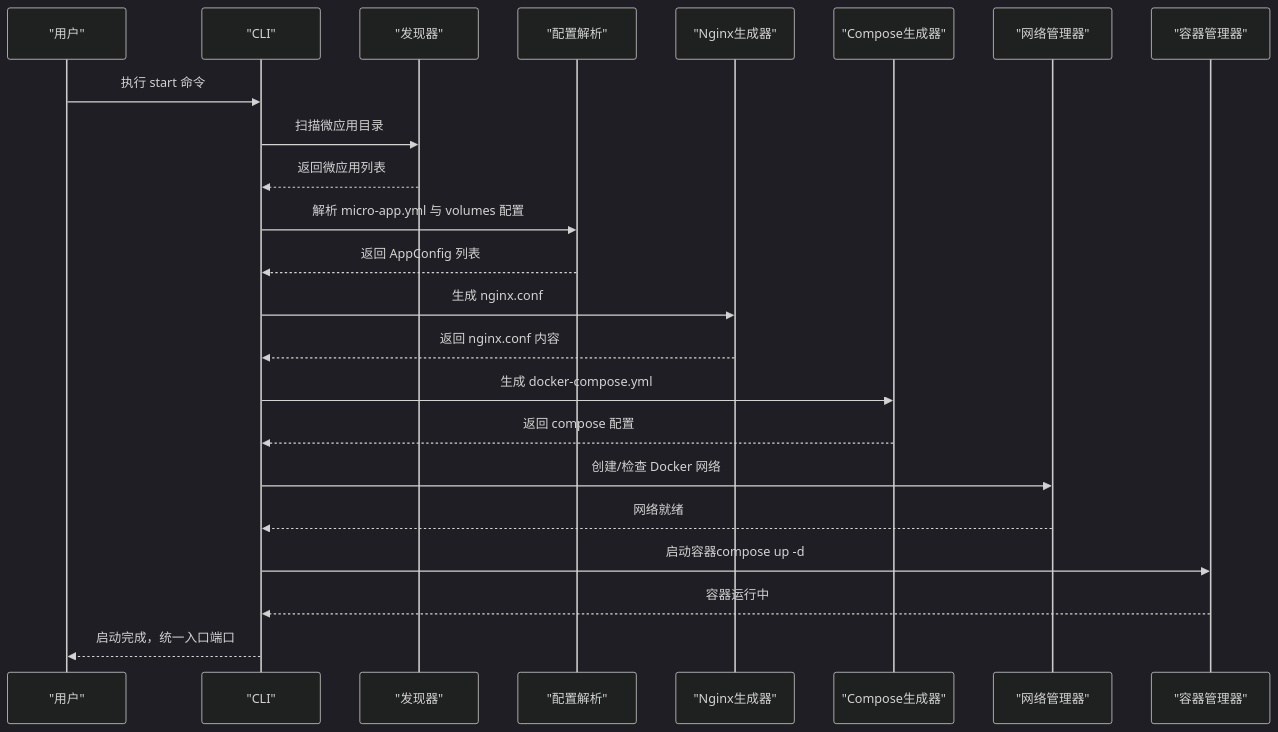
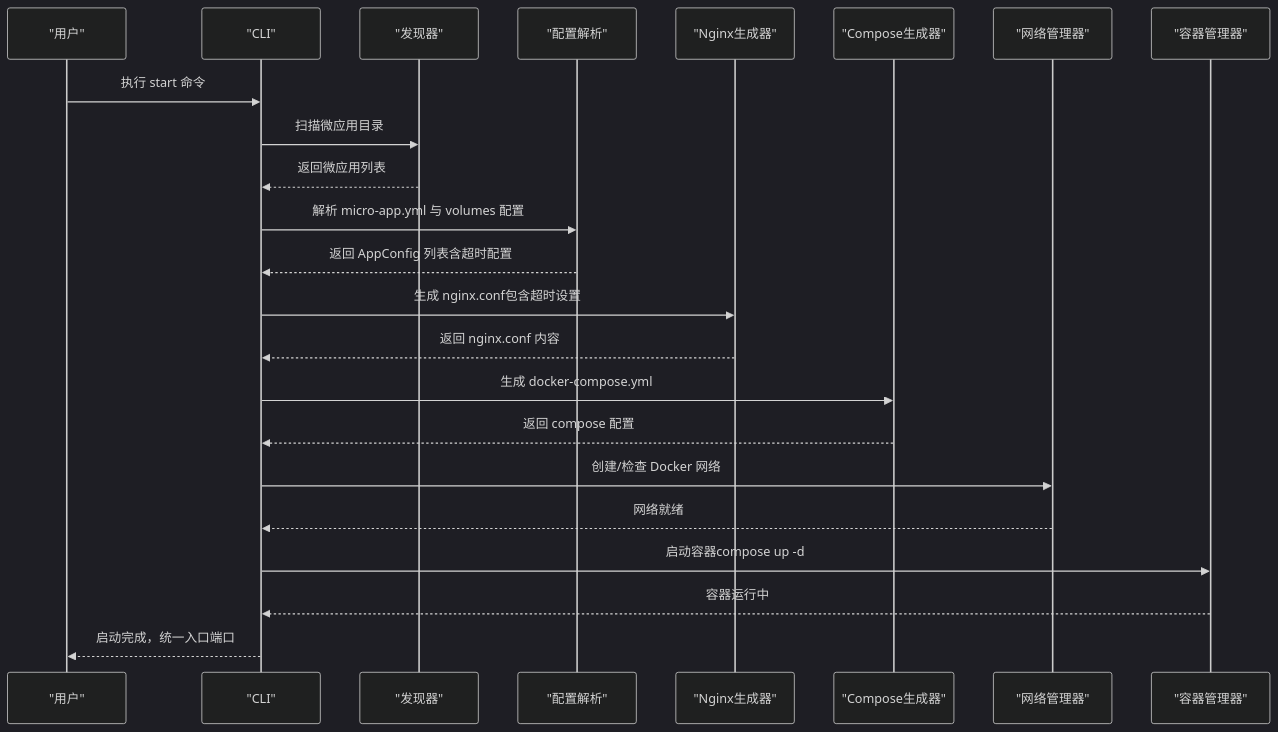
The second of 8 diagrams in .qoder/repowiki/zh/content/架构设计/模块设计/反向代理模块.md (cao5zy/proxy-config), drawn with Mermaid (dark theme) before and after one commit. The commit also changed other lines of this file and 5 other files, not shown here.

````diff
--- a/.qoder/repowiki/zh/content/架构设计/模块设计/反向代理模块.md
+++ b/.qoder/repowiki/zh/content/架构设计/模块设计/反向代理模块.md
@@ -119,25 +131,25 @@
 ```mermaid
 sequenceDiagram
 participant User as "用户"
 participant CLI as "CLI"
 participant Disc as "发现器"
 participant Cfg as "配置解析"
 participant GenN as "Nginx生成器"
 participant GenC as "Compose生成器"
 participant Net as "网络管理器"
 participant Ctn as "容器管理器"
 User->>CLI : 执行 start 命令
 CLI->>Disc : 扫描微应用目录
 Disc-->>CLI : 返回微应用列表
 CLI->>Cfg : 解析 micro-app.yml 与 volumes 配置
-Cfg-->>CLI : 返回 AppConfig 列表
-CLI->>GenN : 生成 nginx.conf
+Cfg-->>CLI : 返回 AppConfig 列表含超时配置
+CLI->>GenN : 生成 nginx.conf包含超时设置
 GenN-->>CLI : 返回 nginx.conf 内容
 CLI->>GenC : 生成 docker-compose.yml
 GenC-->>CLI : 返回 compose 配置
 CLI->>Net : 创建/检查 Docker 网络
 Net-->>CLI : 网络就绪
 CLI->>Ctn : 启动容器compose up -d
 Ctn-->>CLI : 容器运行中
 CLI-->>User : 启动完成，统一入口端口
 ```
````
